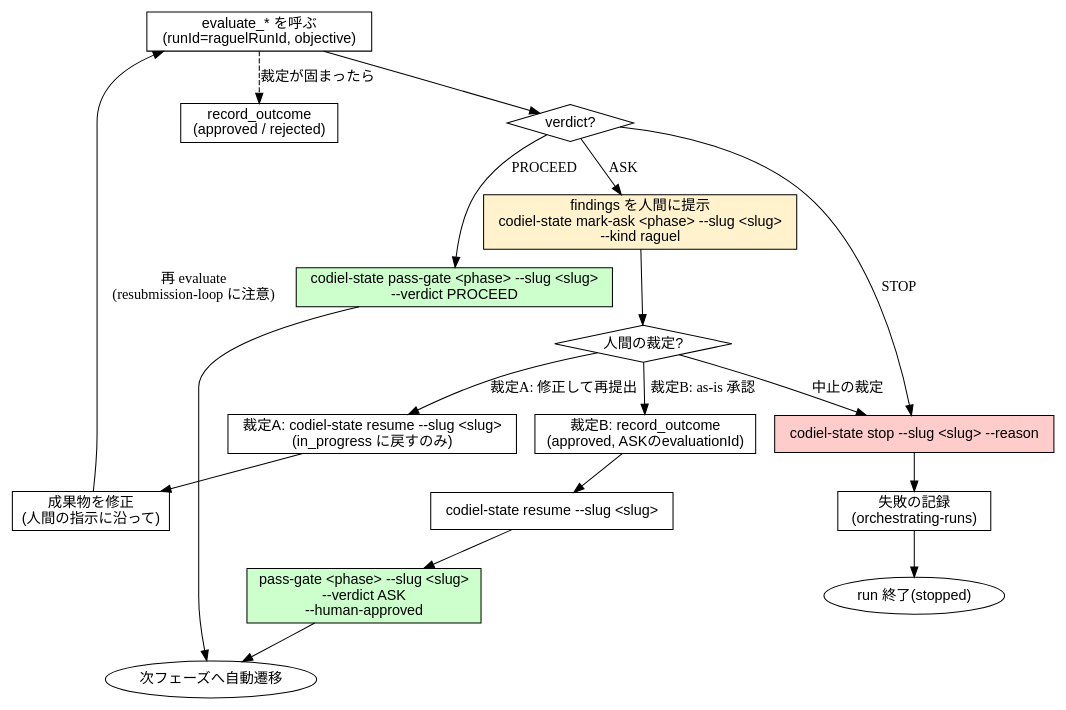
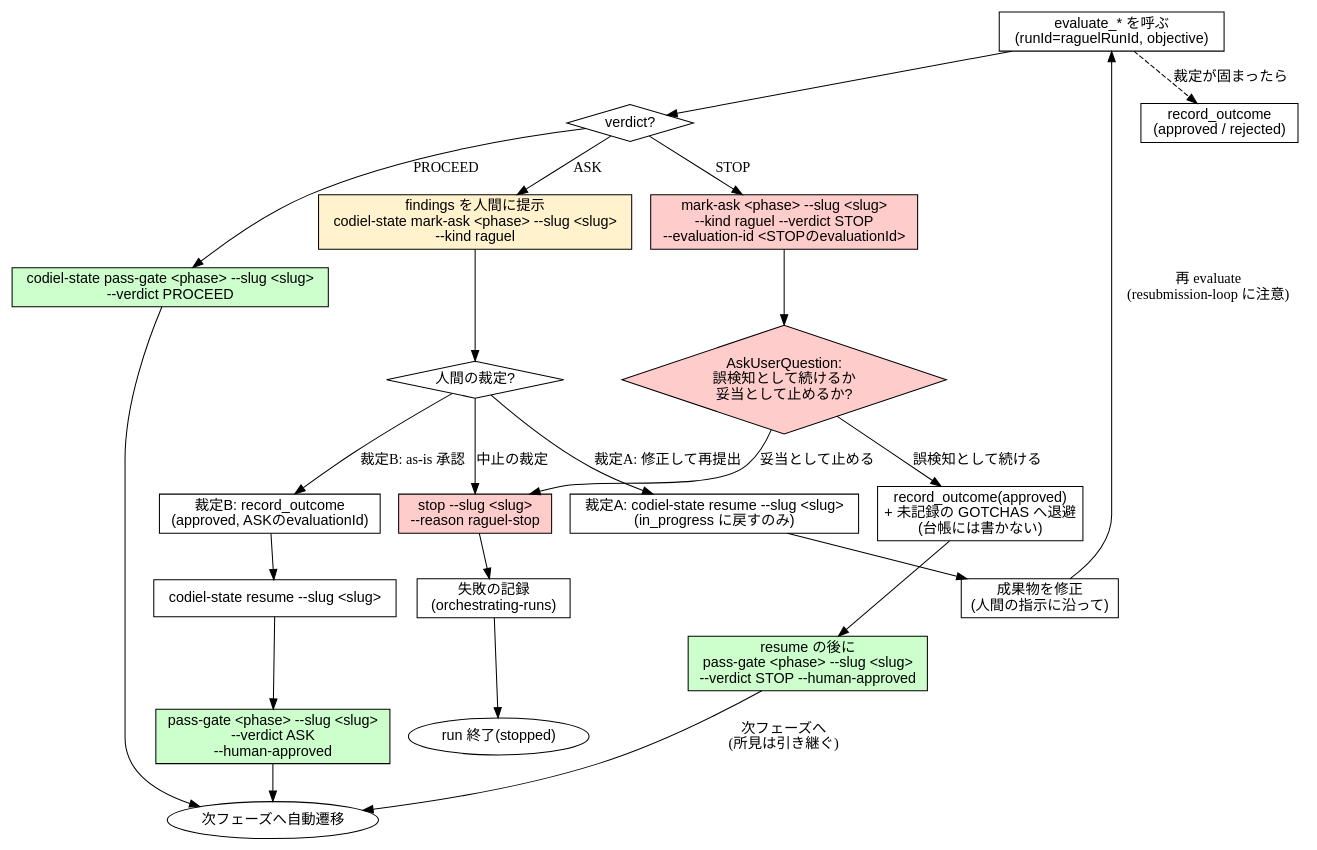
Diagram 13 of 15 in plugins/codiel/docs/skill-flowcharts.md (Amatsuka-kobo/amatsuka-claude-plugins), drawn with Graphviz before and after one commit. The commit also changed other lines of this file and 66 other files, not shown here.

Commit message:
feat(codiel): テスト駆動・並列実装・人が読む文書の書式・Raguel の応急処置を入れる

````diff
--- a/plugins/codiel/docs/skill-flowcharts.md
+++ b/plugins/codiel/docs/skill-flowcharts.md
@@ -522,50 +516,60 @@
 ```dot
 digraph raguel_gate {
   rankdir=TB;
   node [fontname="sans-serif"];
 
   evaluate [label="evaluate_* を呼ぶ\n(runId=raguelRunId, objective)", shape=box];
   verdict [label="verdict?", shape=diamond];
 
   proceed [label="codiel-state pass-gate <phase> --slug <slug>\n--verdict PROCEED", shape=box, style=filled, fillcolor="#ccffcc"];
   next [label="次フェーズへ自動遷移", shape=ellipse];
 
   ask [label="findings を人間に提示\ncodiel-state mark-ask <phase> --slug <slug>\n--kind raguel", shape=box, style=filled, fillcolor="#fff2cc"];
   human [label="人間の裁定?", shape=diamond];
 
   resume_a [label="裁定A: codiel-state resume --slug <slug>\n(in_progress に戻すのみ)", shape=box];
   refix [label="成果物を修正\n(人間の指示に沿って)", shape=box];
   record_a [label="record_outcome\n(approved / rejected)", shape=box];
 
   record_ha [label="裁定B: record_outcome\n(approved, ASKのevaluationId)", shape=box];
   resume_b [label="codiel-state resume --slug <slug>", shape=box];
   pass_gate_ha [label="pass-gate <phase> --slug <slug>\n--verdict ASK\n--human-approved", shape=box, style=filled, fillcolor="#ccffcc"];
 
-  stop_run [label="codiel-state stop --slug <slug> --reason", shape=box, style=filled, fillcolor="#ffcccc"];
+  stop_mark [label="mark-ask <phase> --slug <slug>\n--kind raguel --verdict STOP\n--evaluation-id <STOPのevaluationId>", shape=box, style=filled, fillcolor="#ffcccc"];
+  stop_ask [label="AskUserQuestion:\n誤検知として続けるか\n妥当として止めるか?", shape=diamond, style=filled, fillcolor="#ffcccc"];
+  stop_misdetect [label="record_outcome(approved)\n+ 未記録の GOTCHAS へ退避\n(台帳には書かない)", shape=box];
+  stop_pass [label="resume の後に\npass-gate <phase> --slug <slug>\n--verdict STOP --human-approved", shape=box, style=filled, fillcolor="#ccffcc"];
+  stop_valid [label="stop --slug <slug>\n--reason raguel-stop", shape=box, style=filled, fillcolor="#ffcccc"];
   gotchas [label="失敗の記録\n(orchestrating-runs)", shape=box];
   stopped [label="run 終了(stopped)", shape=ellipse];
 
   evaluate -> verdict;
   verdict -> proceed [label="PROCEED"];
   verdict -> ask [label="ASK"];
-  verdict -> stop_run [label="STOP"];
+  verdict -> stop_mark [label="STOP"];
 
   proceed -> next;
 
   ask -> human;
   human -> resume_a [label="裁定A: 修正して再提出"];
   human -> record_ha [label="裁定B: as-is 承認"];
-  human -> stop_run [label="中止の裁定"];
+  human -> stop_valid [label="中止の裁定"];
 
   resume_a -> refix;
   refix -> evaluate [label="再 evaluate\n(resubmission-loop に注意)"];
   evaluate -> record_a [style=dashed, label="裁定が固まったら"];
 
   record_ha -> resume_b;
   resume_b -> pass_gate_ha;
   pass_gate_ha -> next;
 
-  stop_run -> gotchas;
+  stop_mark -> stop_ask;
+  stop_ask -> stop_misdetect [label="誤検知として続ける"];
+  stop_misdetect -> stop_pass;
+  stop_pass -> next [label="次フェーズへ\n(所見は引き継ぐ)"];
+  stop_ask -> stop_valid [label="妥当として止める"];
+
+  stop_valid -> gotchas;
   gotchas -> stopped;
 }
 ```
````
